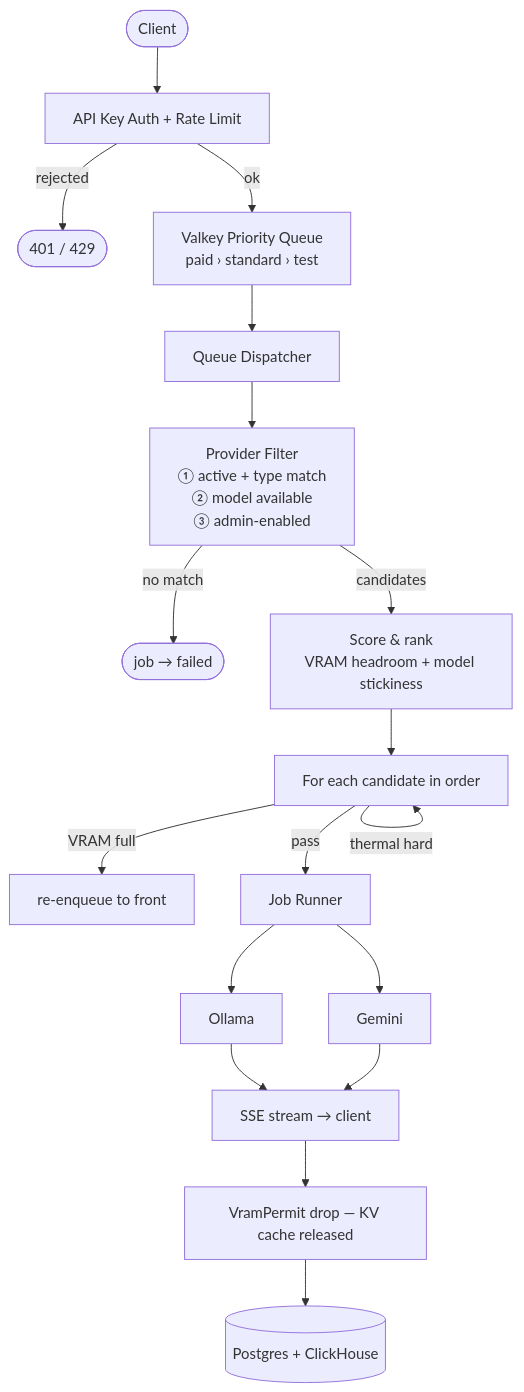
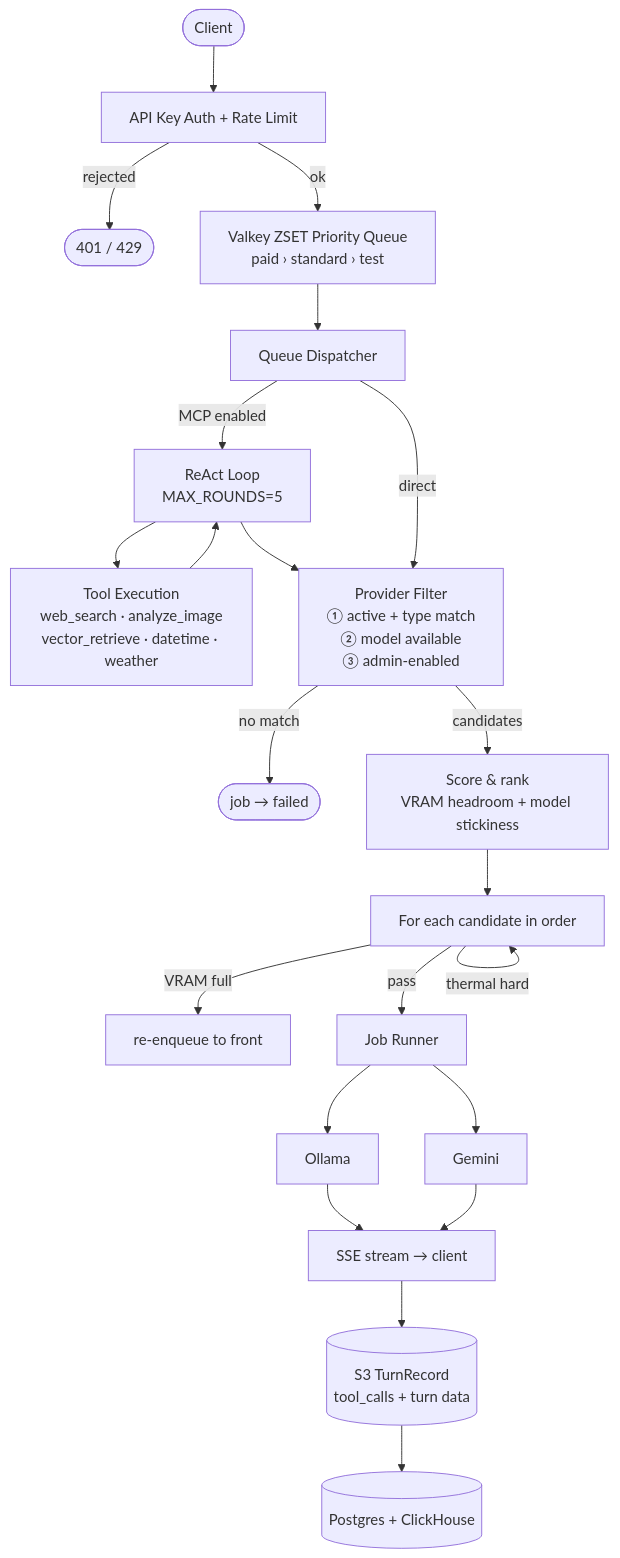
The first of 2 diagrams in README.md (beegy-labs/veronex), drawn with Mermaid before and after one commit. The commit also changed other lines of this file and 502 other files, not shown here.

````diff
--- a/README.md
+++ b/README.md
@@ -50,23 +50,28 @@
 ```mermaid
 flowchart TD
     C([Client]) --> M[API Key Auth + Rate Limit]
     M -->|rejected| E([401 / 429])
-    M -->|ok| Q[Valkey Priority Queue\npaid › standard › test]
+    M -->|ok| Q[Valkey ZSET Priority Queue\npaid › standard › test]
 
     Q --> D[Queue Dispatcher]
-    D --> F[Provider Filter\n① active + type match\n② model available\n③ admin-enabled]
+    D -->|MCP enabled| MCP[ReAct Loop\nMAX_ROUNDS=5]
+    MCP --> TOOLS[Tool Execution\nweb_search · analyze_image\nvector_retrieve · datetime · weather]
+    TOOLS --> MCP
+    MCP --> F
+
+    D -->|direct| F[Provider Filter\n① active + type match\n② model available\n③ admin-enabled]
     F -->|no match| FAIL([job → failed])
     F -->|candidates| S[Score & rank\nVRAM headroom + model stickiness]
 
     S --> GATE["For each candidate in order"]
     GATE -->|circuit open| GATE
     GATE -->|thermal hard| GATE
     GATE -->|VRAM full| RQ[re-enqueue to front]
     GATE -->|pass| RUN[Job Runner]
 
     RUN --> OL[Ollama]
     RUN --> GM[Gemini]
     OL & GM --> SSE[SSE stream → client]
-    SSE --> DROP[VramPermit drop — KV cache released]
-    DROP --> OBS[(Postgres + ClickHouse)]
+    SSE --> S3[(S3 TurnRecord\ntool_calls + turn data)]
+    S3 --> OBS[(Postgres + ClickHouse)]
 ```
````
